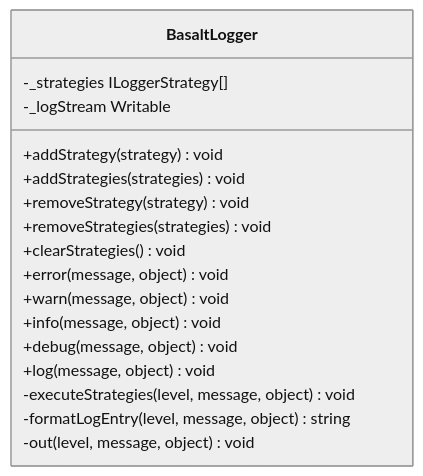
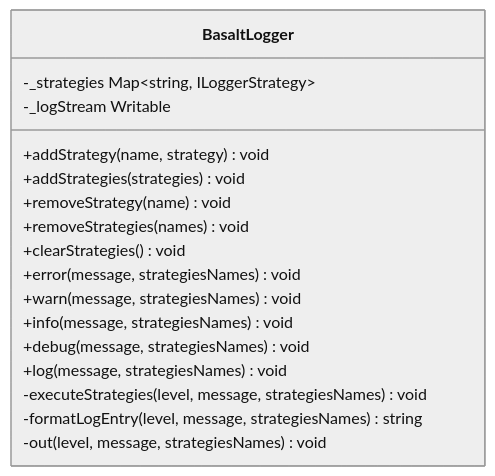
The diagram in docs/basalt-logger/reference/BasaltLogger.en.md (Basalt-Lab/basalt-doc), drawn with Mermaid (neutral theme) before and after one commit. The commit also changed other lines of this file and 1 other file, not shown here.

````diff
--- a/docs/basalt-logger/reference/BasaltLogger.en.md
+++ b/docs/basalt-logger/reference/BasaltLogger.en.md
@@ -7,20 +7,20 @@
 ```mermaid
 classDiagram
     class BasaltLogger {
-        -_strategies ILoggerStrategy[]
+        -_strategies Map~string, ILoggerStrategy~
         -_logStream Writable
-        +addStrategy(strategy) void
+        +addStrategy(name, strategy) void
         +addStrategies(strategies) void
-        +removeStrategy(strategy) void
-        +removeStrategies(strategies) void
+        +removeStrategy(name) void
+        +removeStrategies(names) void
         +clearStrategies() void
-        +error(message, object) void
-        +warn(message, object) void
-        +info(message, object) void
-        +debug(message, object) void
-        +log(message, object) void
-        -executeStrategies(level, message, object) void
-        -formatLogEntry(level, message, object) string
-        -out(level, message, object) void
+        +error(message, strategiesNames) void
+        +warn(message, strategiesNames) void
+        +info(message, strategiesNames) void
+        +debug(message, strategiesNames) void
+        +log(message, strategiesNames) void
+        -executeStrategies(level, message, strategiesNames) void
+        -formatLogEntry(level, message, strategiesNames) string
+        -out(level, message, strategiesNames) void
     }
 ```
````
